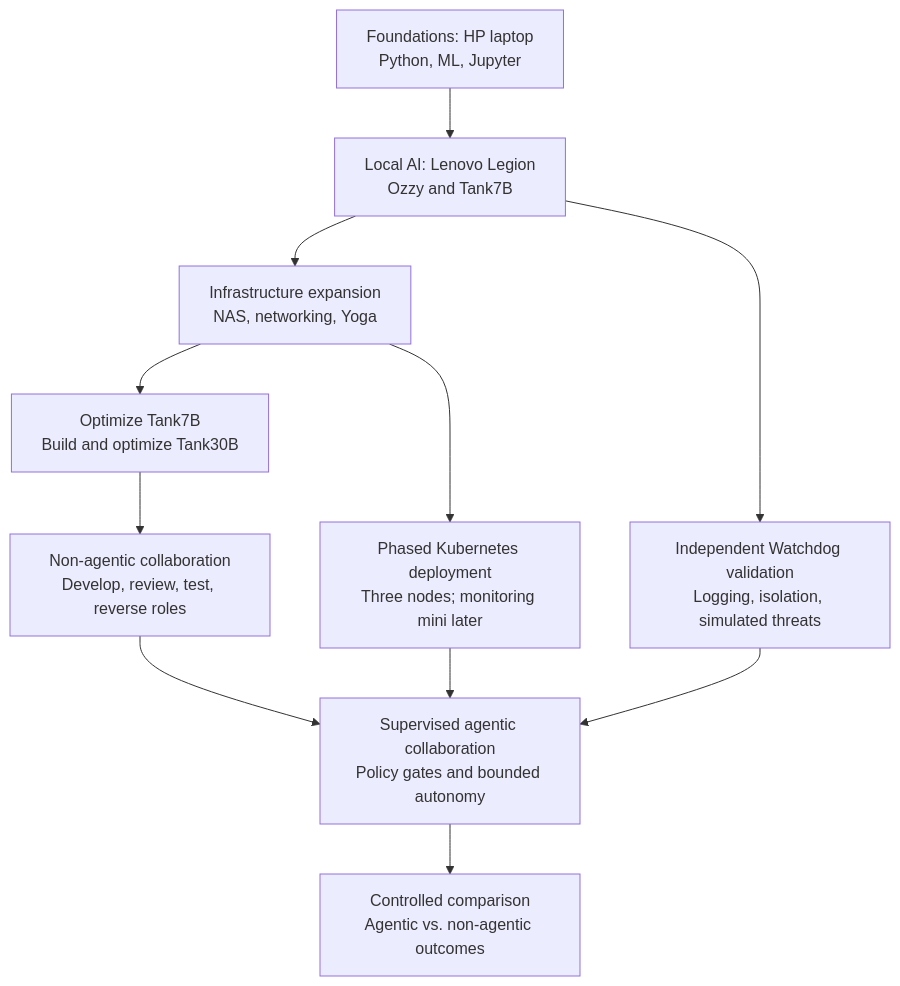
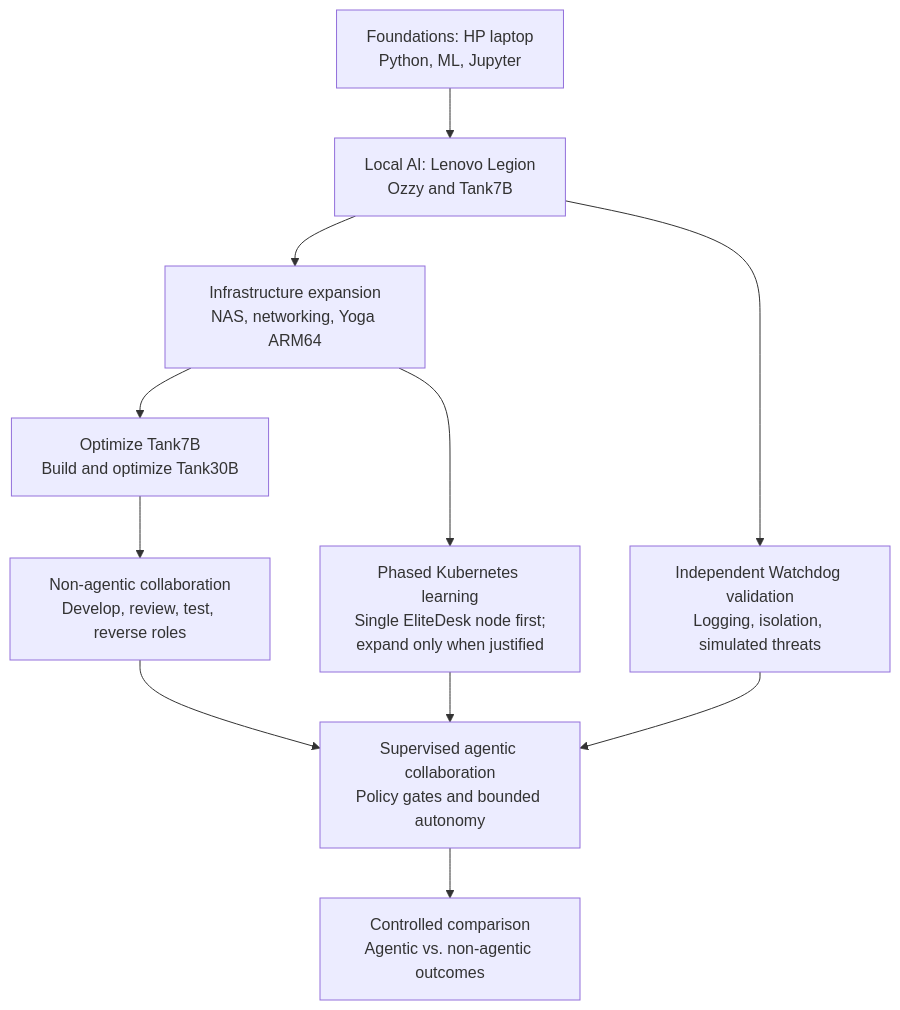
Before and after one commit to curriemark63-byte/personal-ai-infrastructure-lab: the diagram in README.md, drawn with Mermaid. The commit also changed other lines of this file, not shown here.

````diff
--- a/README.md
+++ b/README.md
@@ -23,15 +22,16 @@
 ```mermaid
 flowchart TD
     A["Foundations: HP laptop<br/>Python, ML, Jupyter"]
     B["Local AI: Lenovo Legion<br/>Ozzy and Tank7B"]
-    C["Infrastructure expansion<br/>NAS, networking, Yoga"]
+    C["Infrastructure expansion<br/>NAS, networking, Yoga ARM64"]
     D["Optimize Tank7B<br/>Build and optimize Tank30B"]
     E["Independent Watchdog validation<br/>Logging, isolation, simulated threats"]
     F["Non-agentic collaboration<br/>Develop, review, test, reverse roles"]
-    G["Phased Kubernetes deployment<br/>Three nodes; monitoring mini later"]
+    G["Phased Kubernetes learning<br/>Single EliteDesk node first;<br/>expand only when justified"]
     H["Supervised agentic collaboration<br/>Policy gates and bounded autonomy"]
     I["Controlled comparison<br/>Agentic vs. non-agentic outcomes"]
+
     A --> B --> C --> D --> F --> H --> I
     B --> E --> H
     C --> G --> H
 ```
````
